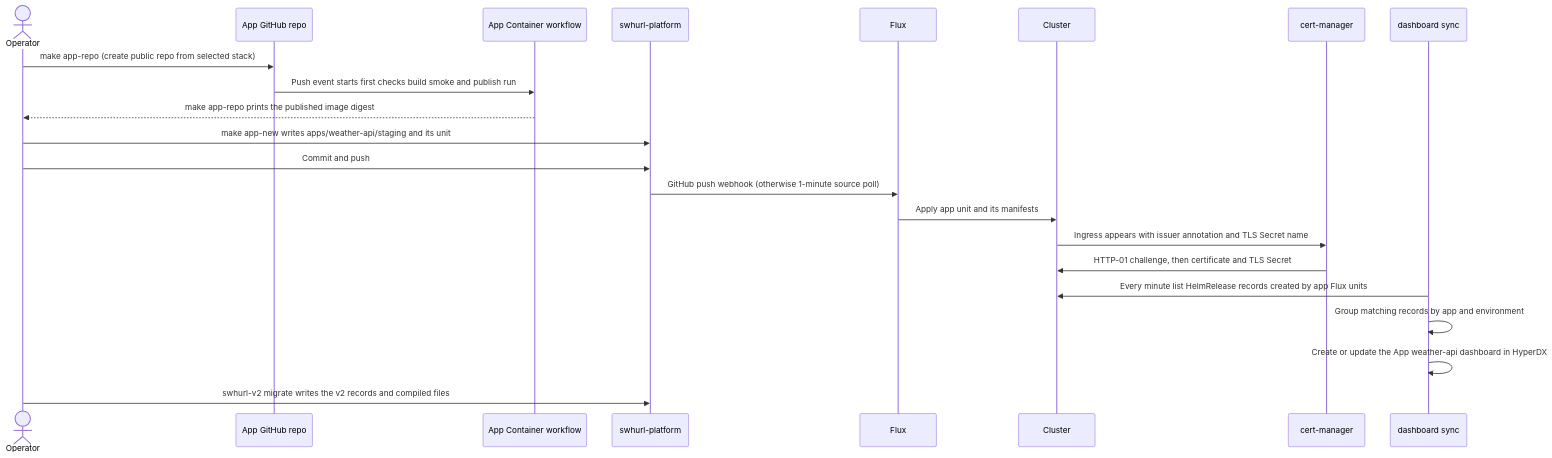
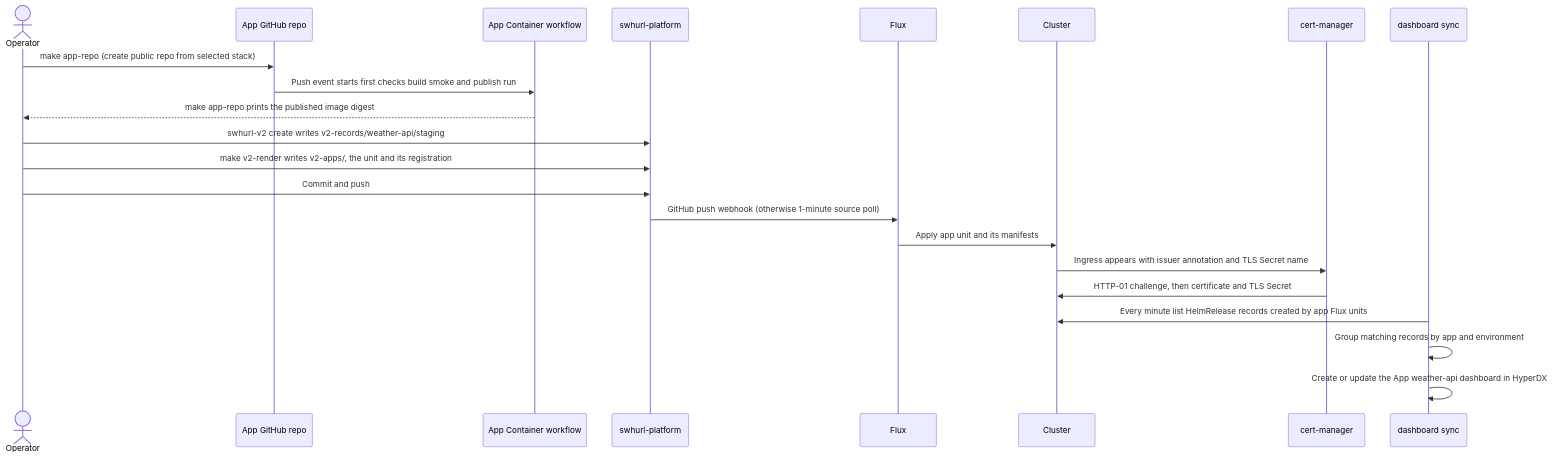
One commit to samclement/swhurl-platform changed the second of 9 diagrams in docs/apps.md. Above: the diagram before and after it, drawn with Mermaid. The commit also changed other lines of this file and 37 other files, not shown here.

````diff
--- a/docs/apps.md
+++ b/docs/apps.md
@@ -67,25 +67,25 @@
 ```mermaid
 sequenceDiagram
   actor Operator
   participant AppRepo as App GitHub repo
   participant Actions as App Container workflow
   participant Platform as swhurl-platform
   participant Flux
   participant Cluster
   participant CM as cert-manager
   participant Dash as dashboard sync
 
   Operator->>AppRepo: make app-repo (create public repo from selected stack)
   AppRepo->>Actions: Push event starts first checks build smoke and publish run
   Actions-->>Operator: make app-repo prints the published image digest
-  Operator->>Platform: make app-new writes apps/weather-api/staging and its unit
+  Operator->>Platform: swhurl-v2 create writes v2-records/weather-api/staging
+  Operator->>Platform: make v2-render writes v2-apps/, the unit and its registration
   Operator->>Platform: Commit and push
   Platform->>Flux: GitHub push webhook (otherwise 1-minute source poll)
   Flux->>Cluster: Apply app unit and its manifests
   Cluster->>CM: Ingress appears with issuer annotation and TLS Secret name
   CM->>Cluster: HTTP-01 challenge, then certificate and TLS Secret
   Dash->>Cluster: Every minute list HelmRelease records created by app Flux units
   Dash->>Dash: Group matching records by app and environment
   Dash->>Dash: Create or update the App weather-api dashboard in HyperDX
-  Operator->>Platform: swhurl-v2 migrate writes the v2 records and compiled files
 ```
````
